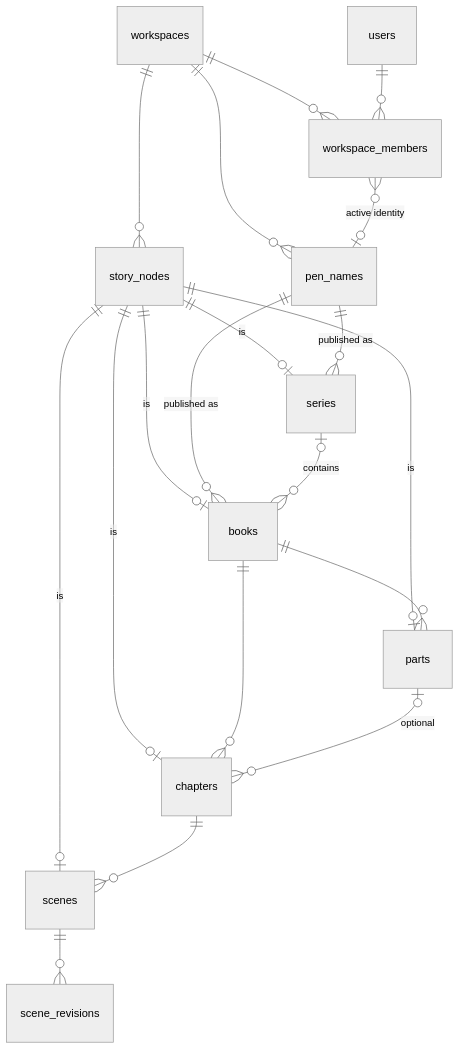
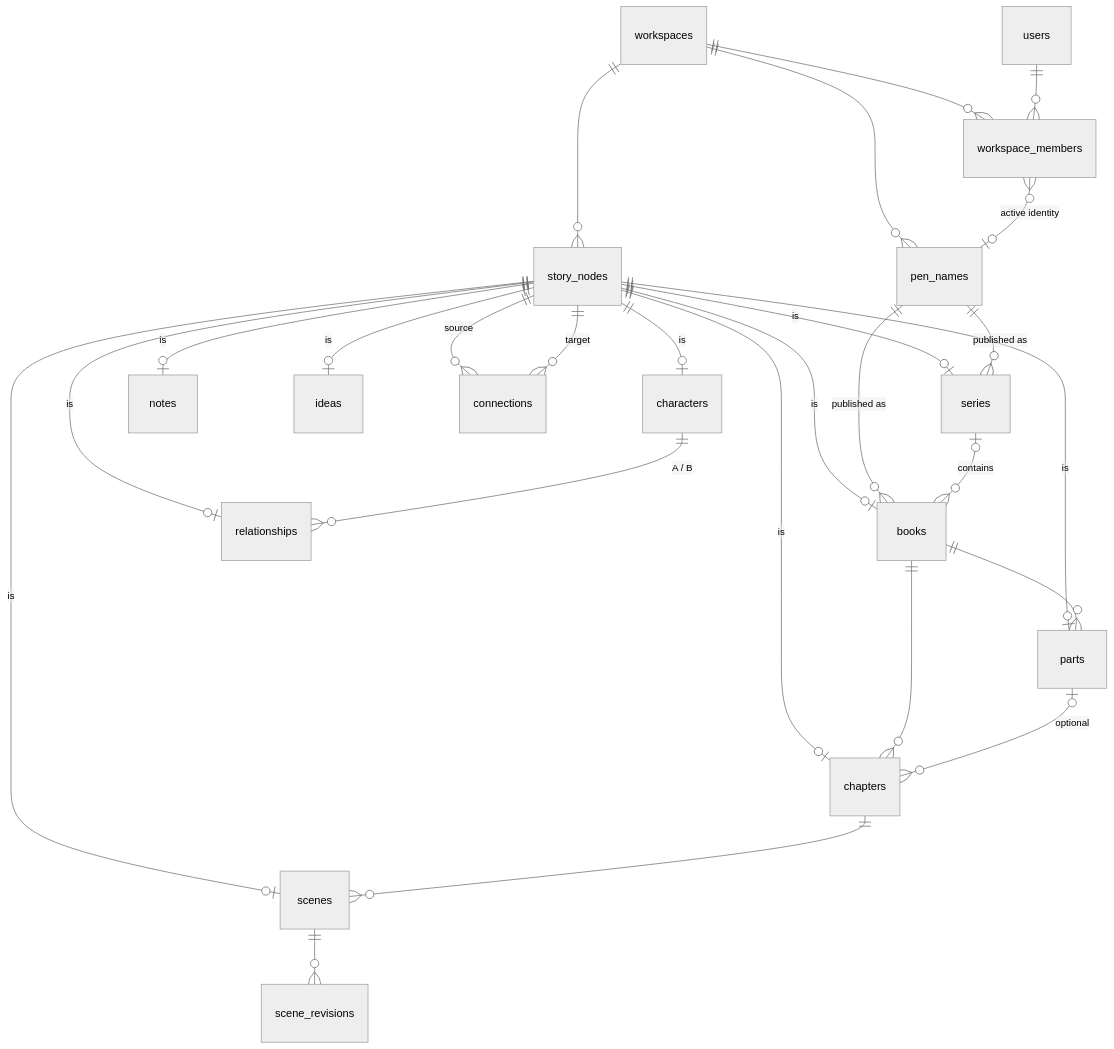
Before and after one commit to csperkpd-droid/AuthorOS: the diagram in docs/DATABASE.md, drawn with Mermaid (neutral theme). The commit also changed other lines of this file and 81 other files, not shown here.

````diff
--- a/docs/DATABASE.md
+++ b/docs/DATABASE.md
@@ -51,21 +51,28 @@
 ```mermaid
 erDiagram
   workspaces ||--o{ workspace_members : ""
   users ||--o{ workspace_members : ""
   workspaces ||--o{ pen_names : ""
   workspace_members }o--o| pen_names : "active identity"
   workspaces ||--o{ story_nodes : ""
   story_nodes ||--o| series : "is"
   story_nodes ||--o| books : "is"
   story_nodes ||--o| parts : "is"
   story_nodes ||--o| chapters : "is"
   story_nodes ||--o| scenes : "is"
   pen_names ||--o{ series : "published as"
   pen_names ||--o{ books : "published as"
   series |o--o{ books : contains
   books ||--o{ parts : ""
   books ||--o{ chapters : ""
   parts |o--o{ chapters : "optional"
   chapters ||--o{ scenes : ""
   scenes ||--o{ scene_revisions : ""
+  story_nodes ||--o| characters : "is"
+  story_nodes ||--o| relationships : "is"
+  story_nodes ||--o| notes : "is"
+  story_nodes ||--o| ideas : "is"
+  characters ||--o{ relationships : "A / B"
+  story_nodes ||--o{ connections : "source"
+  story_nodes ||--o{ connections : "target"
 ```
````
